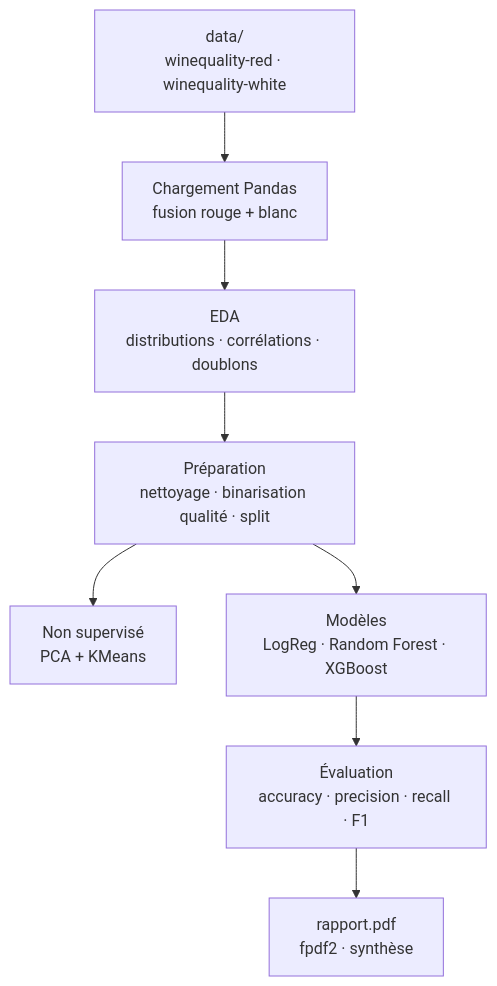
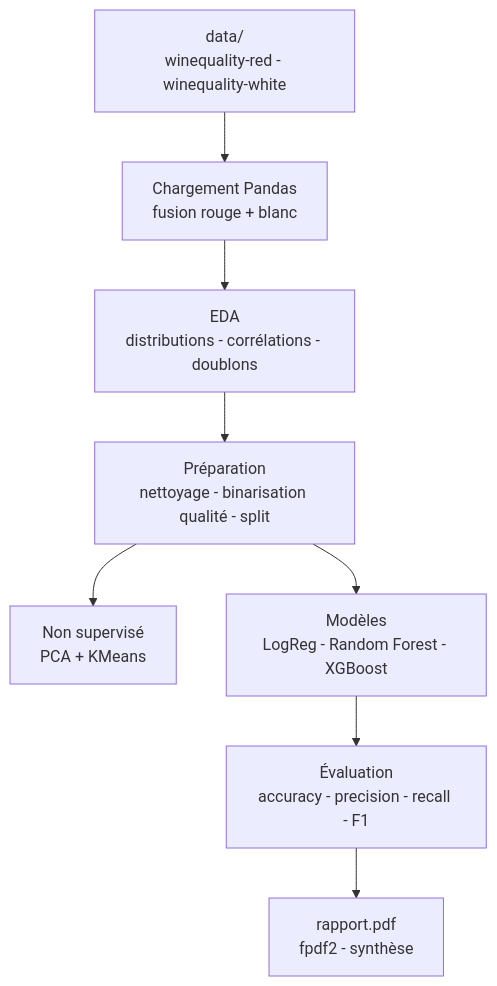
Before and after one commit to Adam-Blf/ProjetML-EFREI: the diagram in README.md, drawn with Mermaid. The commit also changed other lines of this file, not shown here.

````diff
--- a/README.md
+++ b/README.md
@@ -37,19 +37,19 @@
 ```mermaid
 flowchart TB
-    DATA["data/<br/>winequality-red · winequality-white"]
+    DATA["data/<br/>winequality-red - winequality-white"]
     LOAD["Chargement Pandas<br/>fusion rouge + blanc"]
-    EDA["EDA<br/>distributions · corrélations · doublons"]
-    PREP["Préparation<br/>nettoyage · binarisation qualité · split"]
+    EDA["EDA<br/>distributions - corrélations - doublons"]
+    PREP["Préparation<br/>nettoyage - binarisation qualité - split"]
     UNSUP["Non supervisé<br/>PCA + KMeans"]
-    MODELS["Modèles<br/>LogReg · Random Forest · XGBoost"]
-    EVAL["Évaluation<br/>accuracy · precision · recall · F1"]
-    REPORT["rapport.pdf<br/>fpdf2 · synthèse"]
+    MODELS["Modèles<br/>LogReg - Random Forest - XGBoost"]
+    EVAL["Évaluation<br/>accuracy - precision - recall - F1"]
+    REPORT["rapport.pdf<br/>fpdf2 - synthèse"]
 
     DATA --> LOAD
     LOAD --> EDA
     EDA --> PREP
     PREP --> UNSUP
     PREP --> MODELS
     MODELS --> EVAL
     EVAL --> REPORT
 ```
````
